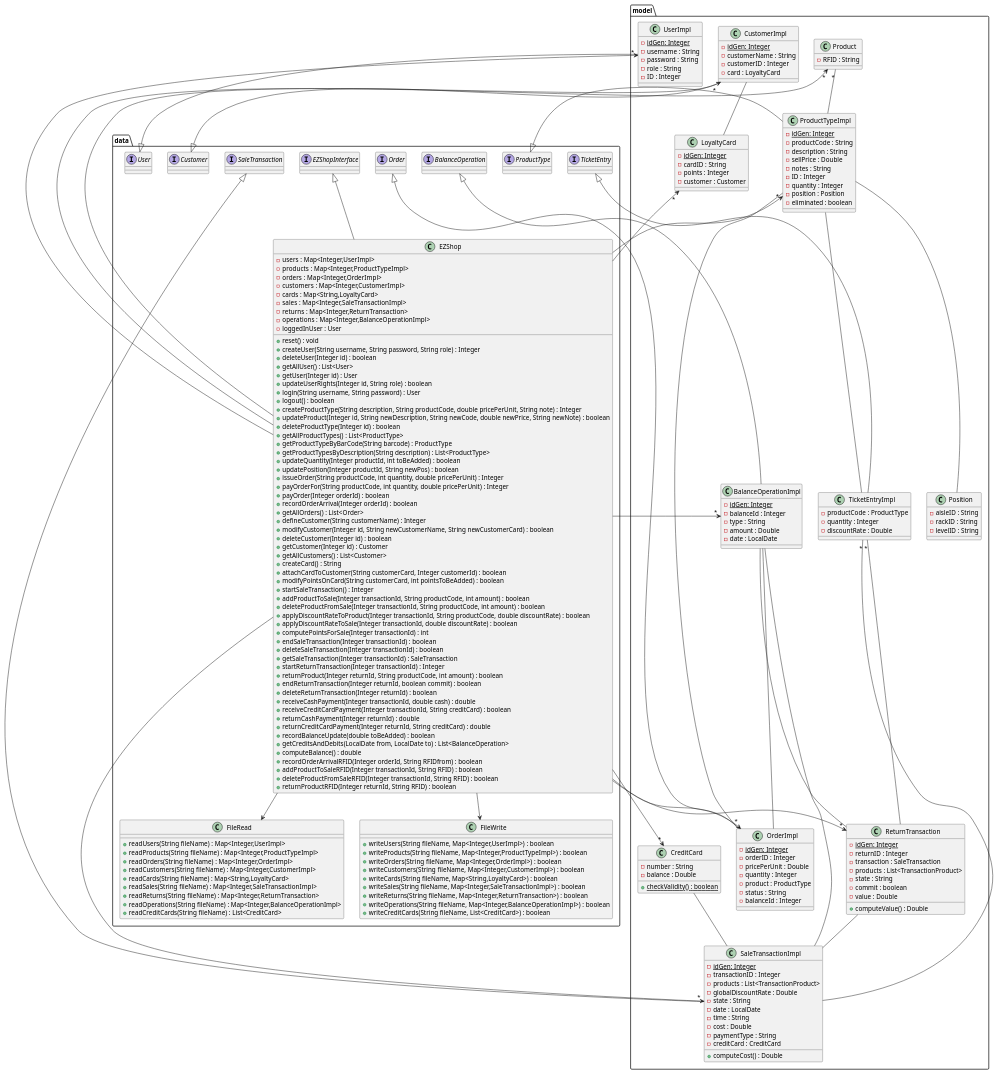
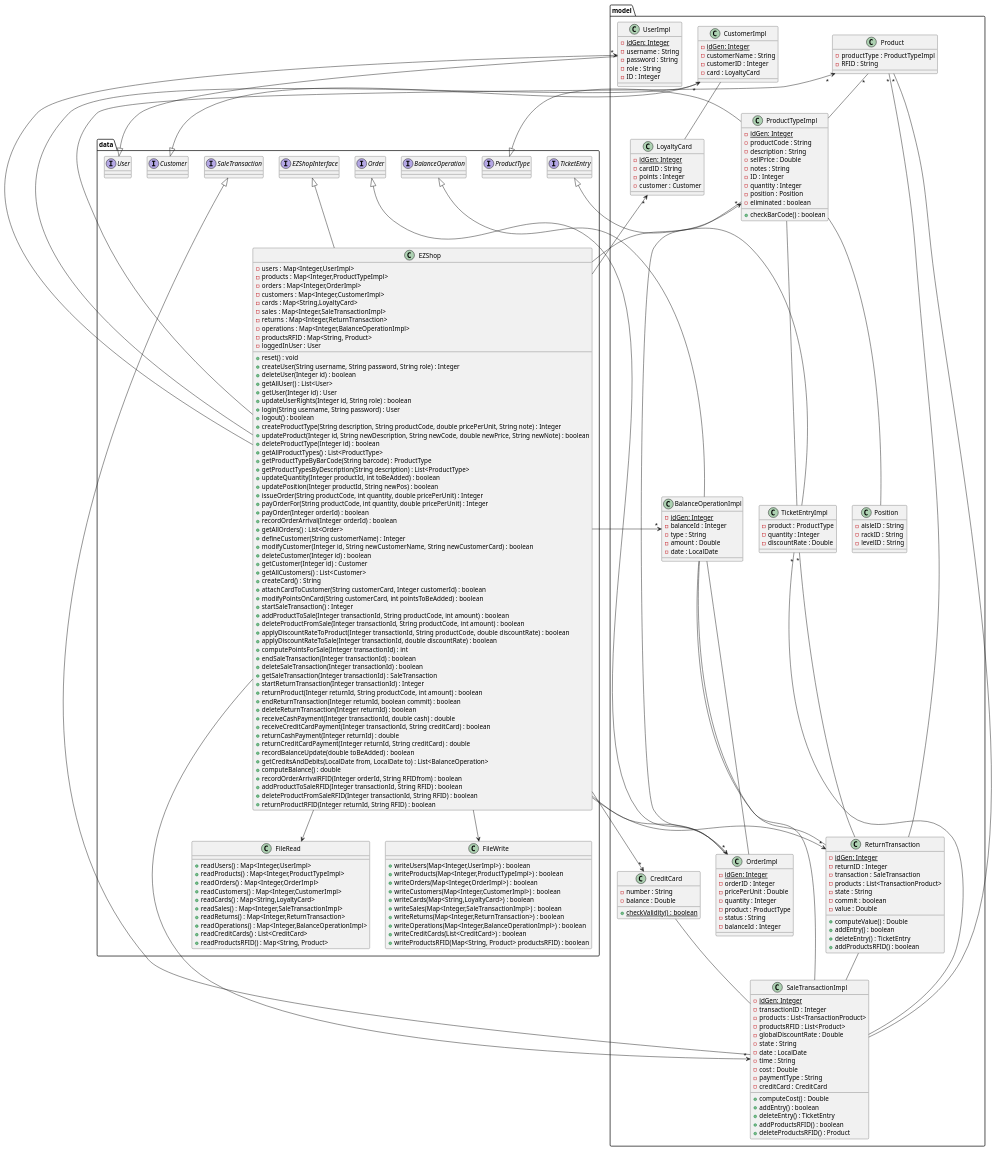
The second of 28 diagrams in Deliverables/DesignDocument.md (giuseppesalvi/ezshop), drawn with PlantUML before and after one commit. The commit also changed other lines of this file, not shown here.

Commit message:
fix: version number and added some missing functions in class diagram

```diff
--- a/Deliverables/DesignDocument.md
+++ b/Deliverables/DesignDocument.md
@@ -61,6 +61,7 @@
     }
     
     class Product{
+        -productType : ProductTypeImpl
         -RFID : String
     }
 
@@ -75,6 +76,7 @@
         -quantity : Integer
         -position : Position
         -eliminated : boolean
+        +checkBarCode() : boolean
     }
 
     class OrderImpl{
@@ -105,6 +107,7 @@
         -{static} idGen: Integer
         -transactionID : Integer
         -products : List<TransactionProduct>
+        -productsRFID : List<Product>
         -globalDiscountRate : Double
         -state : String
         -date : LocalDate
@@ -113,10 +116,15 @@
         -paymentType : String
         -creditCard : CreditCard
         +computeCost() : Double
+        +addEntry() : boolean
+        +deleteEntry() : TicketEntry
+        +addProductsRFID() : boolean
+        +deleteProductsRFID() : Product
     }
 
+
     class TicketEntryImpl{
-        -productCode : ProductType
+        -product : ProductType
         -quantity : Integer
         -discountRate : Double
     }
@@ -130,6 +138,9 @@
         -commit : boolean
         -value : Double
         +computeValue() : Double
+        +addEntry() : boolean
+        +deleteEntry() : TicketEntry
+        +addProductsRFID() : boolean
     }
 
     class BalanceOperationImpl{
@@ -166,6 +177,7 @@
         -sales : Map<Integer,SaleTransactionImpl>
         -returns : Map<Integer,ReturnTransaction>
         -operations : Map<Integer,BalanceOperationImpl>
+        -productsRFID : Map<String, Product>
         -loggedInUser : User
         +reset() : void
         +createUser(String username, String password, String role) : Integer
@@ -223,28 +235,30 @@
     }
 
     Class FileRead{
-        +readUsers(String fileName) : Map<Integer,UserImpl>
-        +readProducts(String fileName) : Map<Integer,ProductTypeImpl>
-        +readOrders(String fileName) : Map<Integer,OrderImpl>
-        +readCustomers(String fileName) : Map<Integer,CustomerImpl>
-        +readCards(String fileName) : Map<String,LoyaltyCard>
-        +readSales(String fileName) : Map<Integer,SaleTransactionImpl>
-        +readReturns(String fileName) : Map<Integer,ReturnTransaction>
-        +readOperations(String fileName) : Map<Integer,BalanceOperationImpl>
-        +readCreditCards(String fileName) : List<CreditCard>
+        +readUsers() : Map<Integer,UserImpl>
+        +readProducts() : Map<Integer,ProductTypeImpl>
+        +readOrders() : Map<Integer,OrderImpl>
+        +readCustomers() : Map<Integer,CustomerImpl>
+        +readCards() : Map<String,LoyaltyCard>
+        +readSales() : Map<Integer,SaleTransactionImpl>
+        +readReturns() : Map<Integer,ReturnTransaction>
+        +readOperations() : Map<Integer,BalanceOperationImpl>
+        +readCreditCards() : List<CreditCard>
+        +readProductsRFID() : Map<String, Product>
         
     }
 
     Class FileWrite{
-        +writeUsers(String fileName, Map<Integer,UserImpl>) : boolean
-        +writeProducts(String fileName, Map<Integer,ProductTypeImpl>) : boolean
-        +writeOrders(String fileName, Map<Integer,OrderImpl>) : boolean
-        +writeCustomers(String fileName, Map<Integer,CustomerImpl>) : boolean
-        +writeCards(String fileName, Map<String,LoyaltyCard>) : boolean
-        +writeSales(String fileName, Map<Integer,SaleTransactionImpl>) : boolean
-        +writeReturns(String fileName, Map<Integer,ReturnTransaction>) : boolean
-        +writeOperations(String fileName, Map<Integer,BalanceOperationImpl>) : boolean
-        +writeCreditCards(String fileName, List<CreditCard>) : boolean
+        +writeUsers(Map<Integer,UserImpl>) : boolean
+        +writeProducts(Map<Integer,ProductTypeImpl>) : boolean
+        +writeOrders(Map<Integer,OrderImpl>) : boolean
+        +writeCustomers(Map<Integer,CustomerImpl>) : boolean
+        +writeCards(Map<String,LoyaltyCard>) : boolean
+        +writeSales(Map<Integer,SaleTransactionImpl>) : boolean
+        +writeReturns(Map<Integer,ReturnTransaction>) : boolean
+        +writeOperations(Map<Integer,BalanceOperationImpl>) : boolean
+        +writeCreditCards(List<CreditCard>) : boolean
+        +writeProductsRFID(Map<String, Product> productsRFID) : boolean
     }
 
     interface EZShopInterface{}
@@ -259,7 +273,9 @@
 
 CustomerImpl -- LoyaltyCard
 TicketEntryImpl "*" -- SaleTransactionImpl
+Product "*" -- SaleTransactionImpl
 TicketEntryImpl "*" -- ReturnTransaction
+Product "*" -- ReturnTransaction
 ReturnTransaction -- SaleTransactionImpl
 BalanceOperationImpl -- OrderImpl
 BalanceOperationImpl -- ReturnTransaction
```
